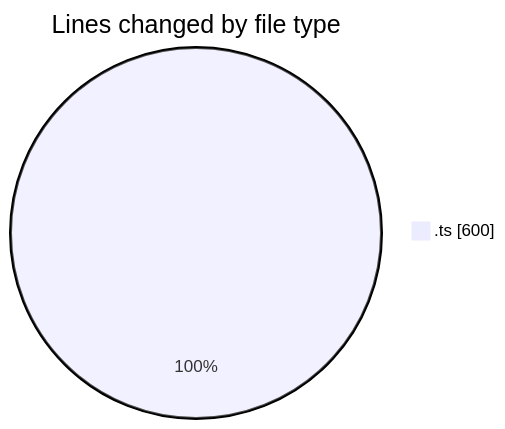
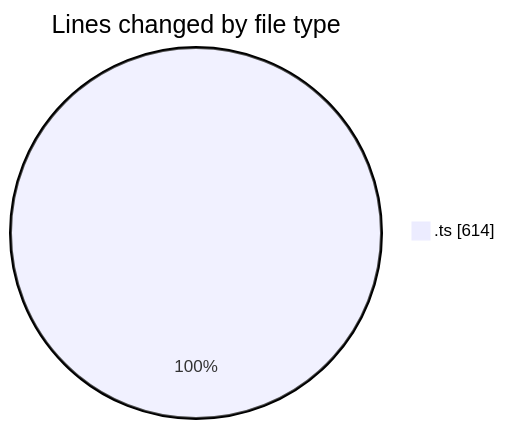
Before and after one commit to tmsrecording-cyber/code-tracking: the first of 2 diagrams in 2026-02-09/singularitybrainai/README.md, drawn with Mermaid. The commit also changed other lines of this file and 1 other file, not shown here.

````diff
--- a/2026-02-09/singularitybrainai/README.md
+++ b/2026-02-09/singularitybrainai/README.md
@@ -22,5 +23,5 @@
 ```mermaid
 pie showData
 title Lines changed by file type
-".ts" : 600
+".ts" : 614
 ```
````
